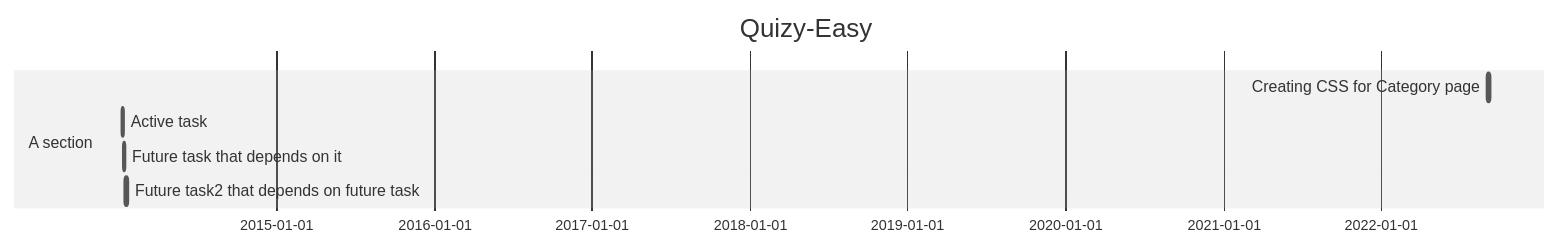
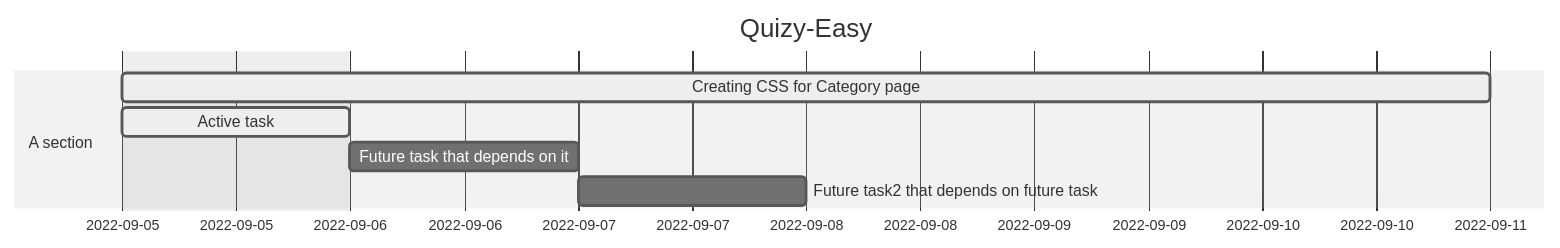
Before and after one commit to arkadiyshin/quizy-easy: the diagram in README.md, drawn with Mermaid (neutral theme).

````diff
--- a/README.md
+++ b/README.md
@@ -1,14 +1,14 @@
 ```mermaid
 
 gantt
 dateFormat  YYYY-MM-DD
 title Quizy-Easy
 excludes weekdays 2022-09-05
 
 section A section
 Creating CSS for Category page            :active,    des1, 2022-09-05, 2022-09-11
-Active task               :active,  des2, 2014-01-09, 3d
-Future task that depends on it              :         des3, after des2, 5d
-Future task2 that depends on future task              :         des4, after des3, 5d
+Active task               :active,  des2, 2022-09-05, 1d
+Future task that depends on it              :         des3, after des2, 1d
+Future task2 that depends on future task              :         des4, after des3, 1d
 
 ```
````
